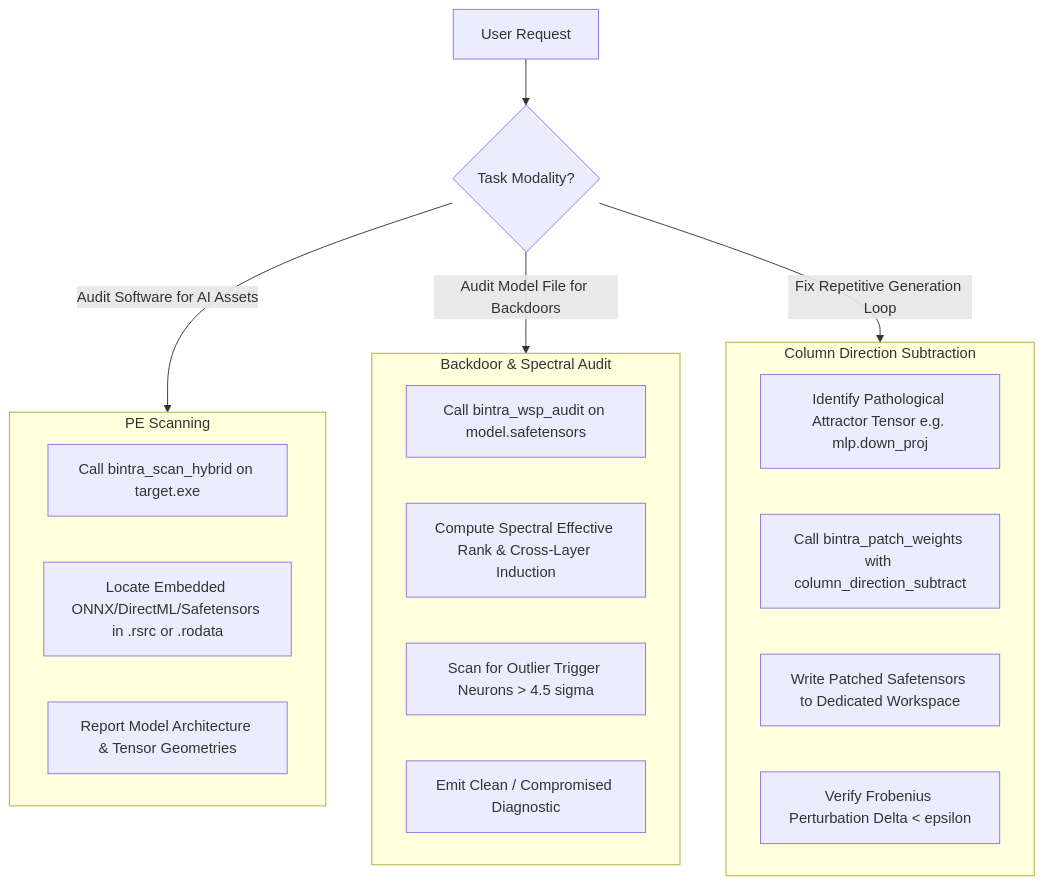
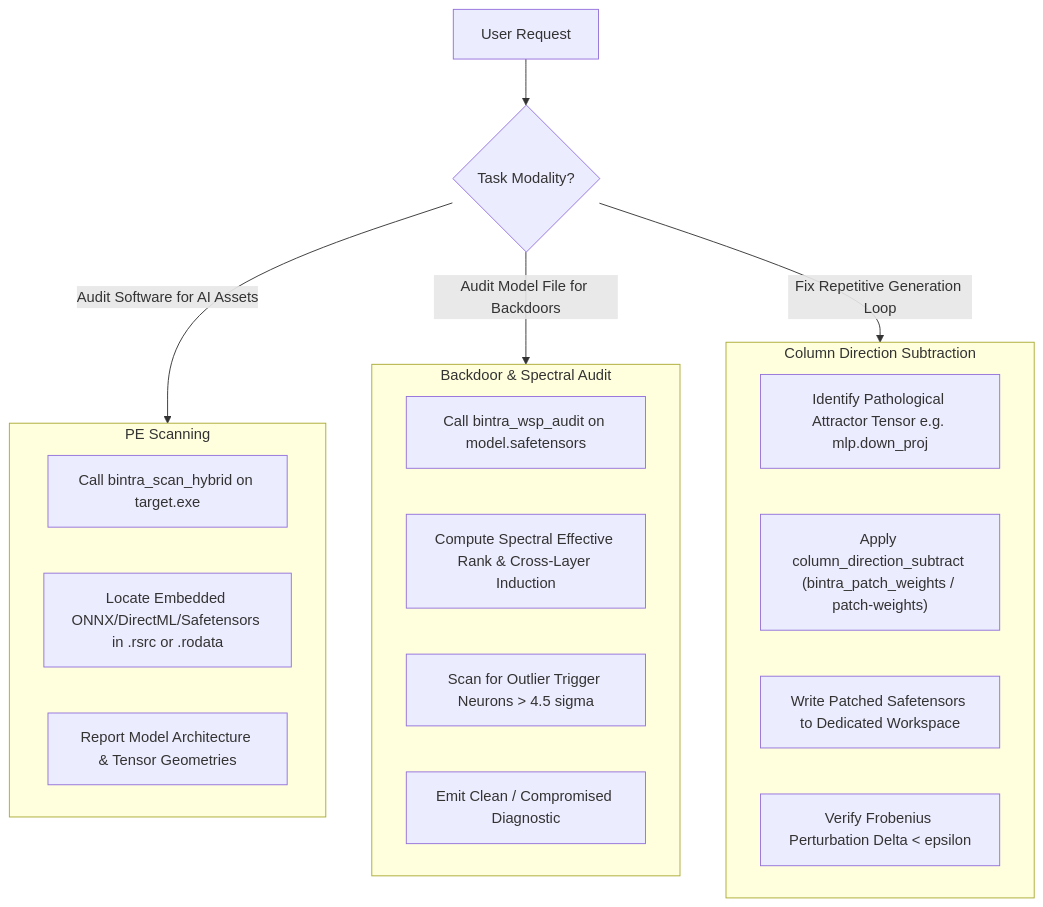
One commit to bio-colab/bintra changed the diagram in skills/bintra-neural-weight-security/SKILL.md. Above: the diagram before and after it, drawn with Mermaid. The commit also changed other lines of this file and 17 other files, not shown here.

````diff
--- a/skills/bintra-neural-weight-security/SKILL.md
+++ b/skills/bintra-neural-weight-security/SKILL.md
@@ -44,28 +44,28 @@
 ```mermaid
 flowchart TD
     Request[User Request] --> Mode{Task Modality?}
     
     Mode -->|Audit Software for AI Assets| ScanFlow[Scan Native Windows PE]
     Mode -->|Audit Model File for Backdoors| AuditFlow[Zero-Execution WSP Audit]
     Mode -->|Fix Repetitive Generation Loop| SurgeryFlow[Selective Column Surgery]
     
     subgraph ScanFlow[PE Scanning]
         S1[Call bintra_scan_hybrid on target.exe]
         S2[Locate Embedded ONNX/DirectML/Safetensors in .rsrc or .rodata]
         S3[Report Model Architecture & Tensor Geometries]
     end
     
     subgraph AuditFlow[Backdoor & Spectral Audit]
         A1[Call bintra_wsp_audit on model.safetensors]
         A2[Compute Spectral Effective Rank & Cross-Layer Induction]
         A3[Scan for Outlier Trigger Neurons > 4.5 sigma]
         A4[Emit Clean / Compromised Diagnostic]
     end
     
     subgraph SurgeryFlow[Column Direction Subtraction]
         G1[Identify Pathological Attractor Tensor e.g. mlp.down_proj]
-        G2[Call bintra_patch_weights with column_direction_subtract]
+        G2["Apply column_direction_subtract (bintra_patch_weights / patch-weights)"]
         G3[Write Patched Safetensors to Dedicated Workspace]
         G4[Verify Frobenius Perturbation Delta < epsilon]
     end
 ```
````
